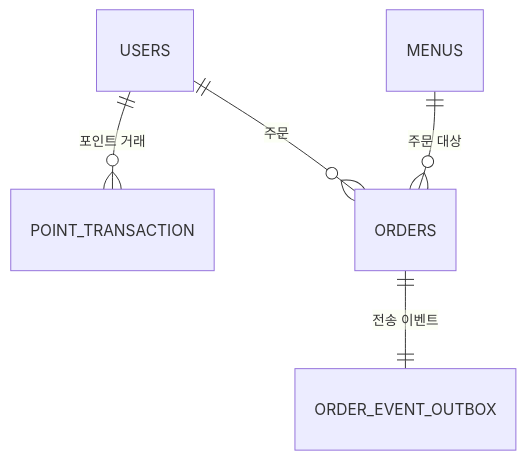
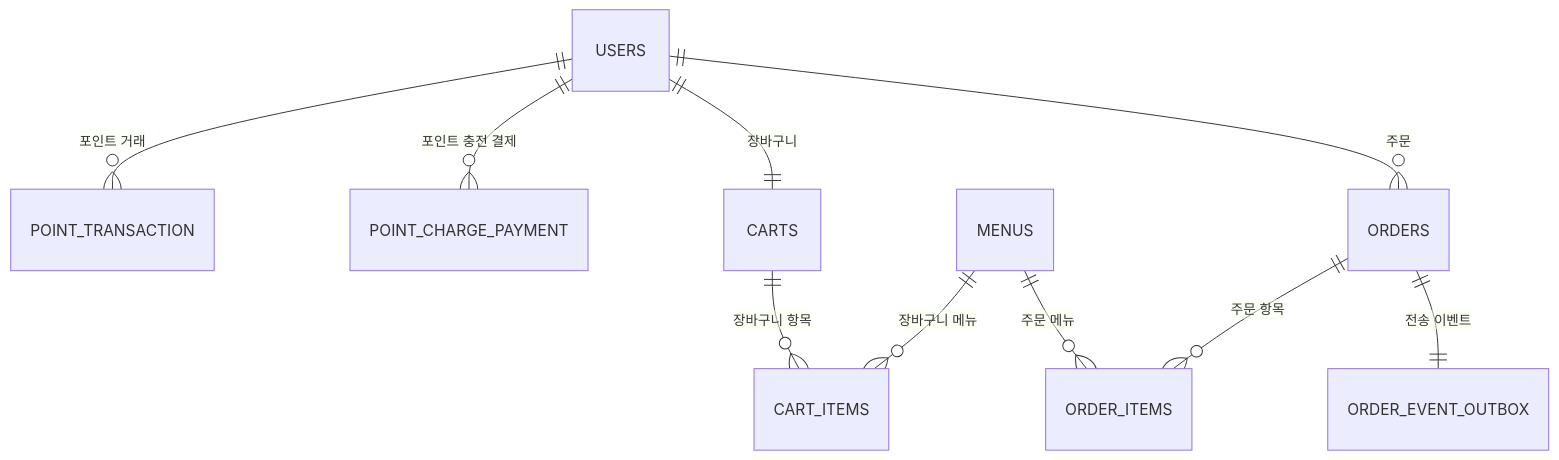
The diagram in README.md (nongbu24/cafe-project), drawn with Mermaid before and after one commit. The commit also changed other lines of this file, not shown here.

````diff
--- a/README.md
+++ b/README.md
@@ -26,7 +31,12 @@
 ```mermaid
 erDiagram
     USERS ||--o{ POINT_TRANSACTION : "포인트 거래"
+    USERS ||--o{ POINT_CHARGE_PAYMENT : "포인트 충전 결제"
+    USERS ||--|| CARTS : "장바구니"
+    CARTS ||--o{ CART_ITEMS : "장바구니 항목"
+    MENUS ||--o{ CART_ITEMS : "장바구니 메뉴"
     USERS ||--o{ ORDERS : "주문"
-    MENUS ||--o{ ORDERS : "주문 대상"
+    ORDERS ||--o{ ORDER_ITEMS : "주문 항목"
+    MENUS ||--o{ ORDER_ITEMS : "주문 메뉴"
     ORDERS ||--|| ORDER_EVENT_OUTBOX : "전송 이벤트"
 ```
````
